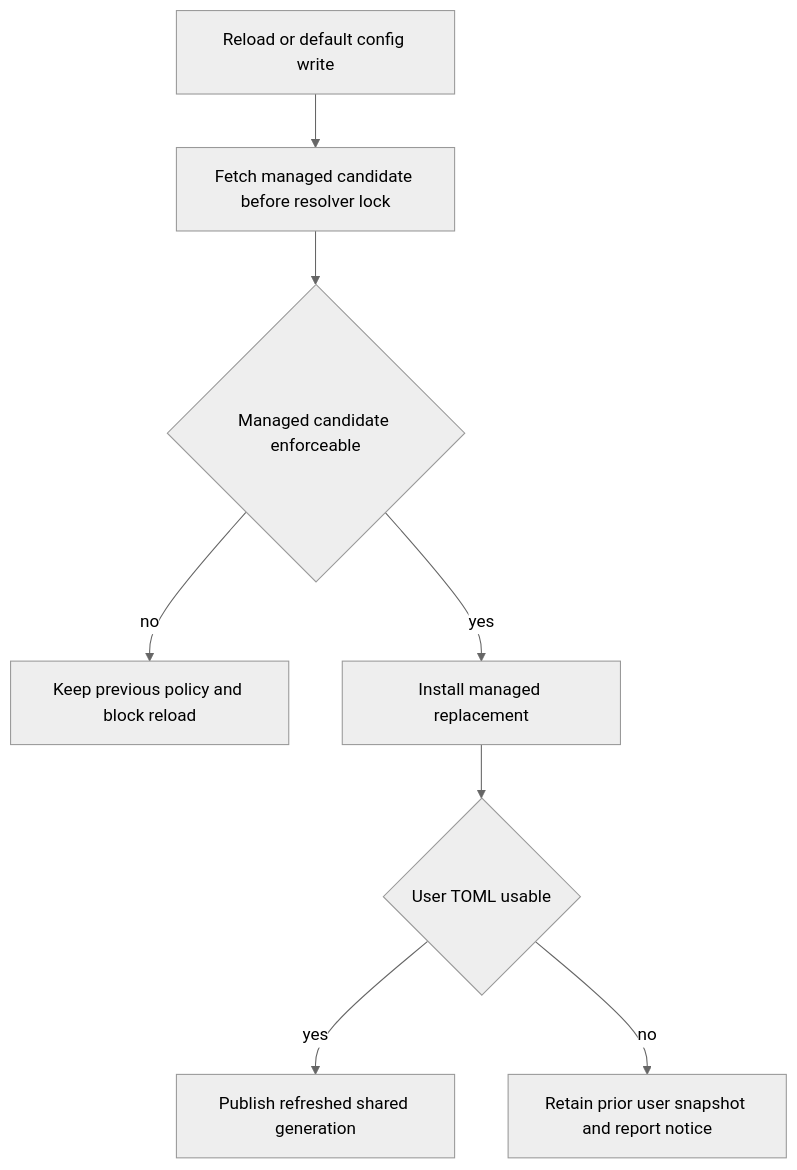
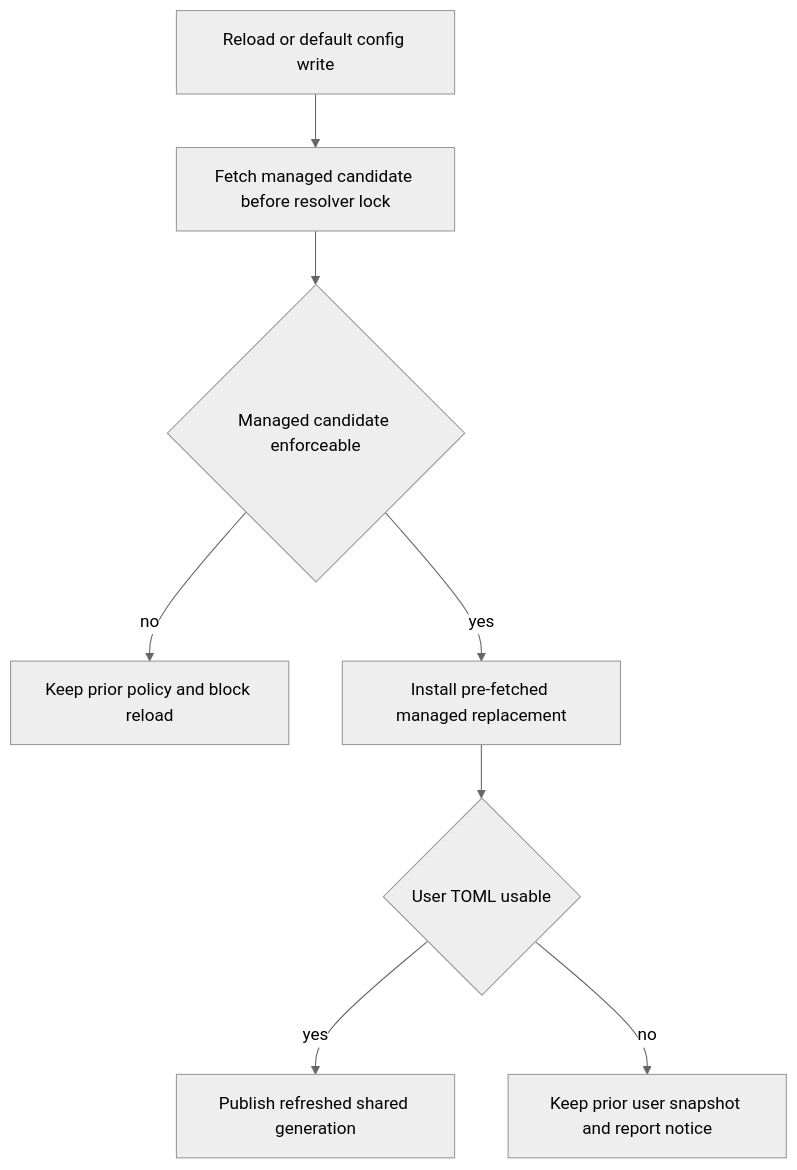
One commit to langchain-ai/deepagents changed the second of 3 diagrams in openwiki/concepts/config-layering.md. Above: the diagram before and after it, drawn with Mermaid (neutral theme). The commit also changed other lines of this file and 62 other files, not shown here.

````diff
--- a/openwiki/concepts/config-layering.md
+++ b/openwiki/concepts/config-layering.md
@@ -80,10 +86,10 @@
 ```mermaid
 flowchart TD
-    A["Reload or default config write"] --> B["Fetch managed candidate before resolver lock"]
-    B --> C{"Managed candidate enforceable"}
-    C -->|"no"| D["Keep previous policy and block reload"]
-    C -->|"yes"| E["Install managed replacement"]
-    E --> F{"User TOML usable"}
-    F -->|"yes"| G["Publish refreshed shared generation"]
-    F -->|"no"| H["Retain prior user snapshot and report notice"]
+    Start["Reload or default config write"] --> Fetch["Fetch managed candidate before resolver lock"]
+    Fetch --> Valid{"Managed candidate enforceable"}
+    Valid -->|"no"| Block["Keep prior policy and block reload"]
+    Valid -->|"yes"| Install["Install pre-fetched managed replacement"]
+    Install --> UserFile{"User TOML usable"}
+    UserFile -->|"yes"| Publish["Publish refreshed shared generation"]
+    UserFile -->|"no"| Retain["Keep prior user snapshot and report notice"]
 ```
````
